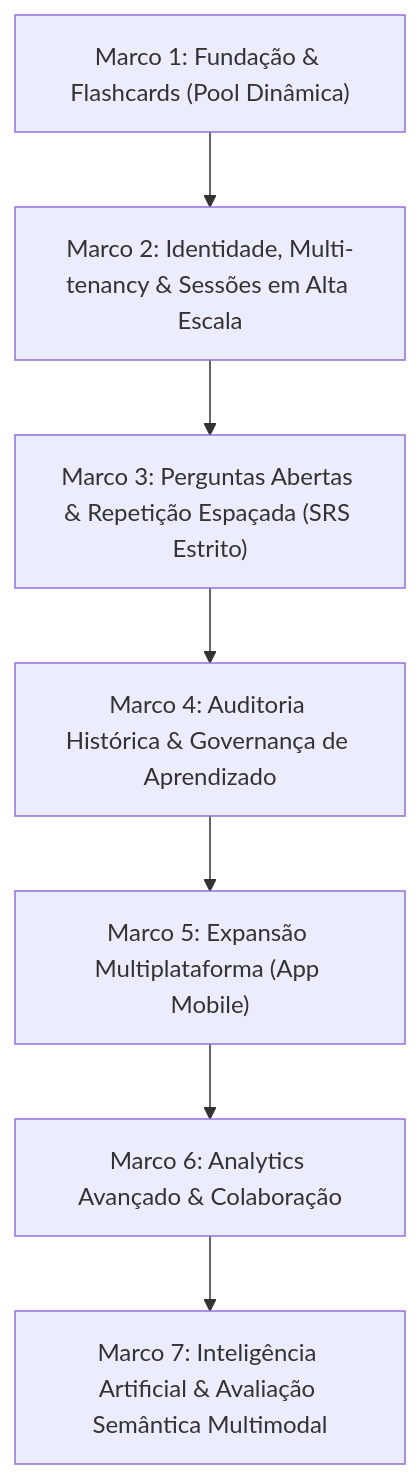
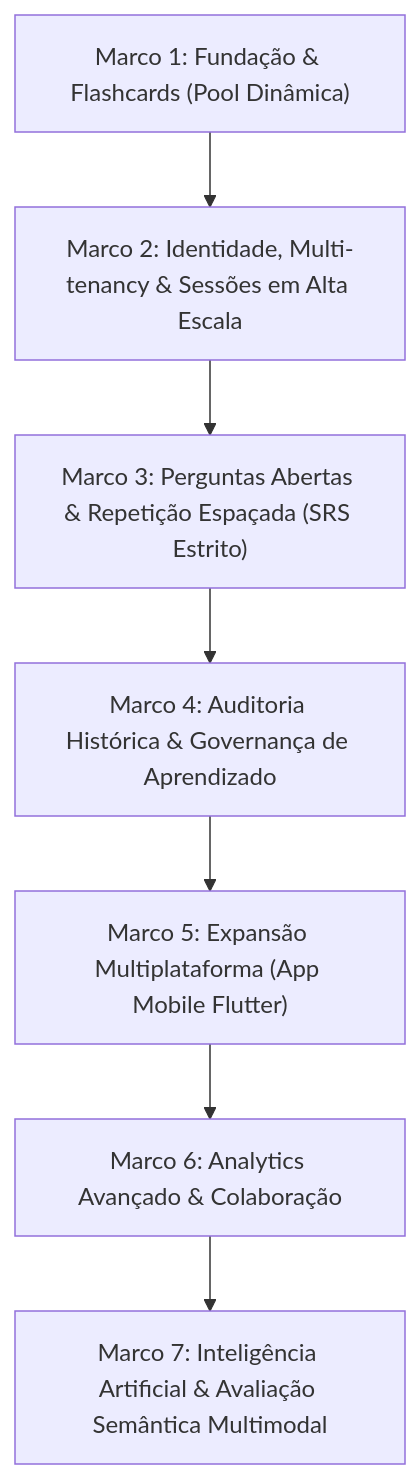
One commit to gabrielffreitas94-commits/study_reviewer changed the eighth of 8 diagrams in PRD.md. Above: the diagram before and after it, drawn with Mermaid. The commit also changed other lines of this file and 23 other files, not shown here.

````diff
--- a/PRD.md
+++ b/PRD.md
@@ -267,9 +644,9 @@
 ```mermaid
 flowchart TD
     M1["Marco 1: Fundação & Flashcards (Pool Dinâmica)"] --> M2["Marco 2: Identidade, Multi-tenancy & Sessões em Alta Escala"]
     M2 --> M3["Marco 3: Perguntas Abertas & Repetição Espaçada (SRS Estrito)"]
     M3 --> M4["Marco 4: Auditoria Histórica & Governança de Aprendizado"]
-    M4 --> M5["Marco 5: Expansão Multiplataforma (App Mobile)"]
+    M4 --> M5["Marco 5: Expansão Multiplataforma (App Mobile Flutter)"]
     M5 --> M6["Marco 6: Analytics Avançado & Colaboração"]
     M6 --> M7["Marco 7: Inteligência Artificial & Avaliação Semântica Multimodal"]
 ```
````
